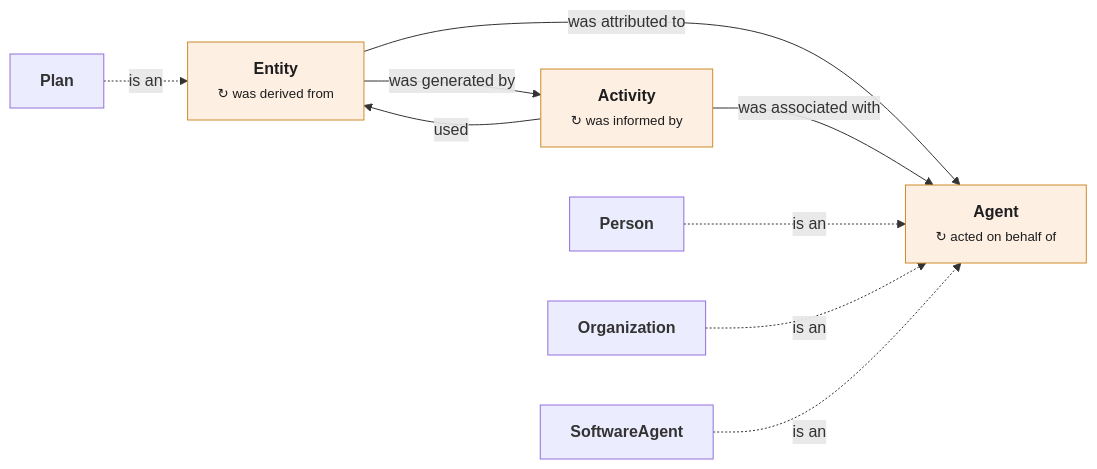
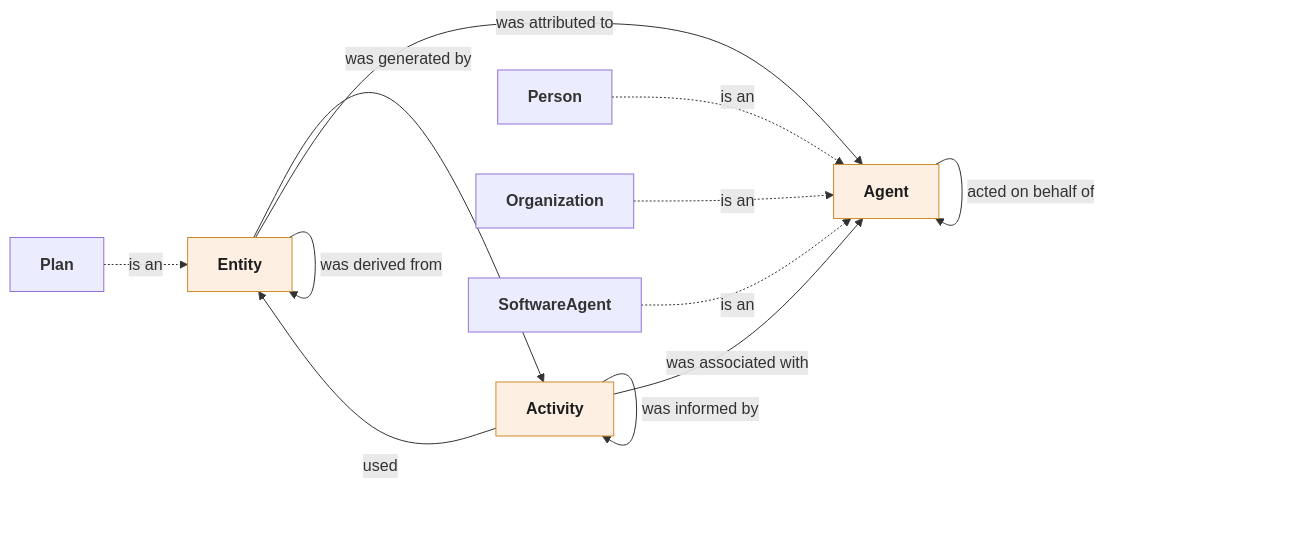
Before and after one commit to ModernRelay/ontologies: the diagram in prov-o/ONTOLOGY.md, drawn with Mermaid. The commit also changed 6 other files, not shown here.

Commit message:
Draw self-relations as loops in the diagrams

````diff
--- a/prov-o/ONTOLOGY.md
+++ b/prov-o/ONTOLOGY.md
@@ -38,19 +38,22 @@
 ```mermaid
 flowchart LR
   classDef core fill:#fdf0e2,stroke:#d08a2b,color:#1d1d1f
-  Entity["<b>Entity</b><br/><small>↻ was derived from</small>"]:::core
-  Activity["<b>Activity</b><br/><small>↻ was informed by</small>"]:::core
-  Agent["<b>Agent</b><br/><small>↻ acted on behalf of</small>"]:::core
+  Entity["<b>Entity</b>"]:::core
+  Activity["<b>Activity</b>"]:::core
+  Agent["<b>Agent</b>"]:::core
   Plan["<b>Plan</b>"]
   Person["<b>Person</b>"]
   Organization["<b>Organization</b>"]
   SoftwareAgent["<b>SoftwareAgent</b>"]
   Entity -->|"was generated by"| Activity
   Activity -->|"used"| Entity
   Entity -->|"was attributed to"| Agent
   Activity -->|"was associated with"| Agent
   Plan -.->|"is an"| Entity
   Person -.->|"is an"| Agent
   Organization -.->|"is an"| Agent
   SoftwareAgent -.->|"is an"| Agent
+  Entity -->|"was derived from"| Entity
+  Activity -->|"was informed by"| Activity
+  Agent -->|"acted on behalf of"| Agent
 ```
````
